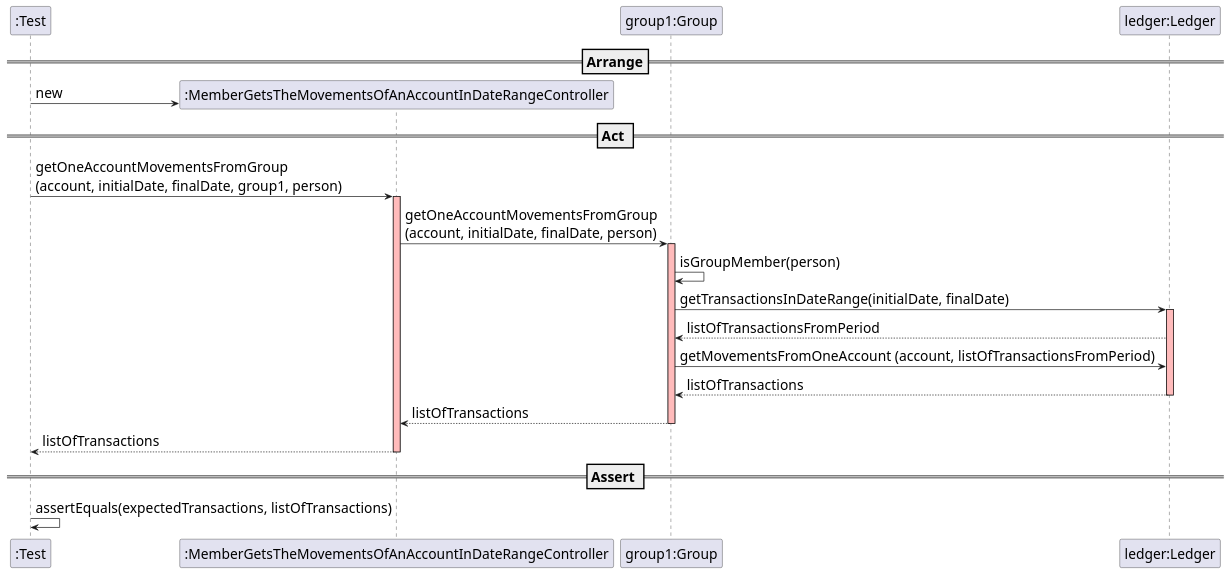
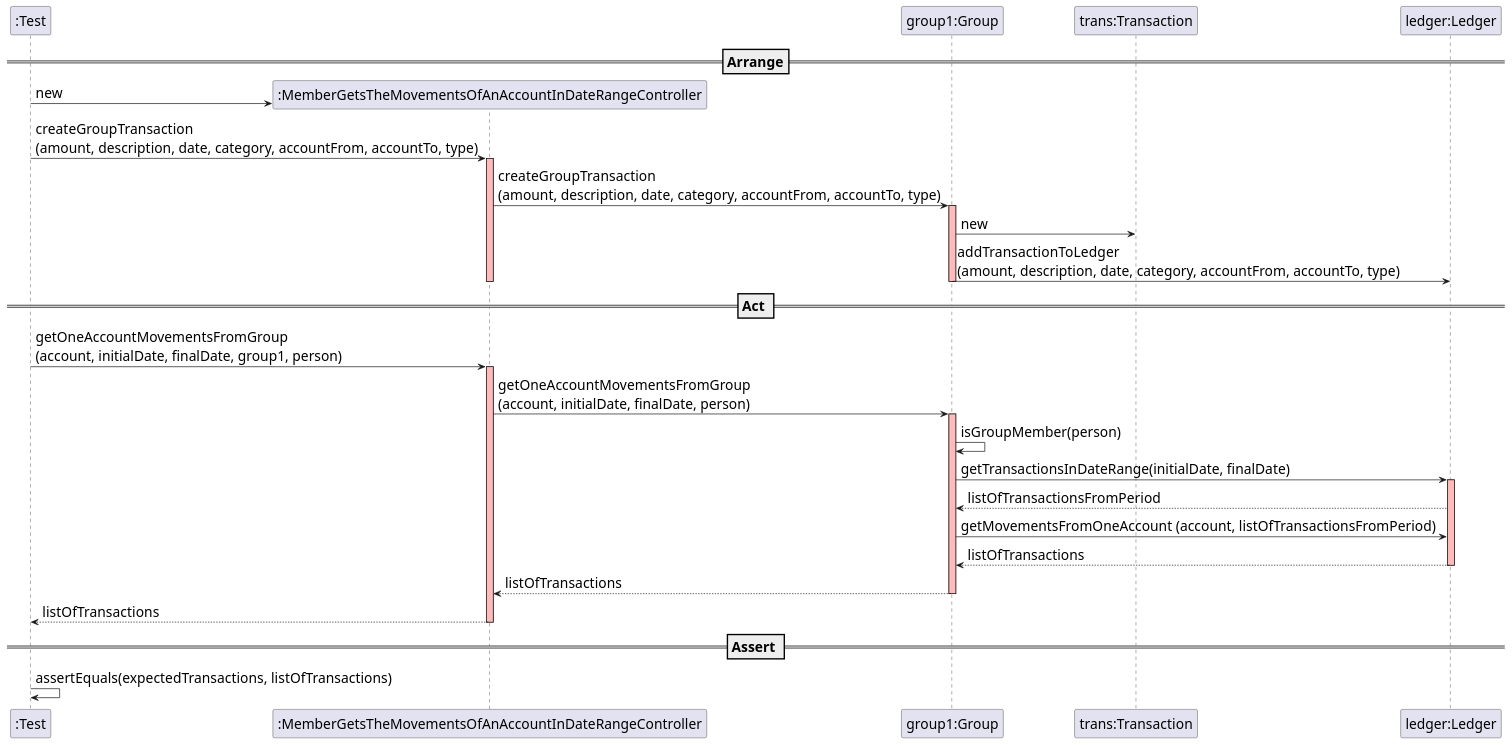
One commit to mleitaoribeiro/DevOpsMaven changed the diagram in docs/SequenceDiagram - US010 .puml. Above: the diagram before and after it, drawn with PlantUML.

Commit message:
ref #405 update

```diff
--- a/docs/SequenceDiagram - US010 .puml
+++ b/docs/SequenceDiagram - US010 .puml
@@ -1,39 +1,51 @@
 @startuml
 
 skinparam DefaultFontSize 20
 
 create ":Test"
 
 ==Arrange==
 
 create ":MemberGetsTheMovementsOfAnAccountInDateRangeController"
 ":Test" -> ":MemberGetsTheMovementsOfAnAccountInDateRangeController" : new
 
+participant "group1:Group"
+":Test" -> ":MemberGetsTheMovementsOfAnAccountInDateRangeController" : createGroupTransaction\n(amount, description, date, category, accountFrom, accountTo, type)
+activate ":MemberGetsTheMovementsOfAnAccountInDateRangeController" #FFBBBB
+":MemberGetsTheMovementsOfAnAccountInDateRangeController" -> "group1:Group" : createGroupTransaction\n(amount, description, date, category, accountFrom, accountTo, type)
+activate "group1:Group" #FFBBBB
+
+participant "trans:Transaction"
+participant "ledger:Ledger"
+"group1:Group" -> "trans:Transaction" : new
+"group1:Group" -> "ledger:Ledger" : addTransactionToLedger\n(amount, description, date, category, accountFrom, accountTo, type)
+deactivate "group1:Group" #FFBBBB
+deactivate ":MemberGetsTheMovementsOfAnAccountInDateRangeController" #FFBBBB
+
+
 == Act ==
 
-participant "group1:Group"
 ":Test" -> ":MemberGetsTheMovementsOfAnAccountInDateRangeController" : getOneAccountMovementsFromGroup\n(account, initialDate, finalDate, group1, person)
 activate ":MemberGetsTheMovementsOfAnAccountInDateRangeController" #FFBBBB
 ":MemberGetsTheMovementsOfAnAccountInDateRangeController" -> "group1:Group" : getOneAccountMovementsFromGroup\n(account, initialDate, finalDate, person)
 activate "group1:Group" #FFBBBB
 
 "group1:Group" -> "group1:Group" : isGroupMember(person)
 
-participant "ledger:Ledger"
 "group1:Group" -> "ledger:Ledger" : getTransactionsInDateRange(initialDate, finalDate)
 activate "ledger:Ledger" #FFBBBB
 "ledger:Ledger" --> "group1:Group" : listOfTransactionsFromPeriod
 
 "group1:Group" -> "ledger:Ledger" : getMovementsFromOneAccount (account, listOfTransactionsFromPeriod)
 "ledger:Ledger" --> "group1:Group" : listOfTransactions
 deactivate "ledger:Ledger" #FFBBBB
 "group1:Group" --> ":MemberGetsTheMovementsOfAnAccountInDateRangeController" : listOfTransactions
 deactivate "group1:Group" #FFBBBB
 ":MemberGetsTheMovementsOfAnAccountInDateRangeController" --> ":Test" : listOfTransactions
 deactivate ":MemberGetsTheMovementsOfAnAccountInDateRangeController" #FFBBBB
 
 == Assert ==
 
 ":Test" -> ":Test" : assertEquals(expectedTransactions, listOfTransactions)
 
 @enduml
```
